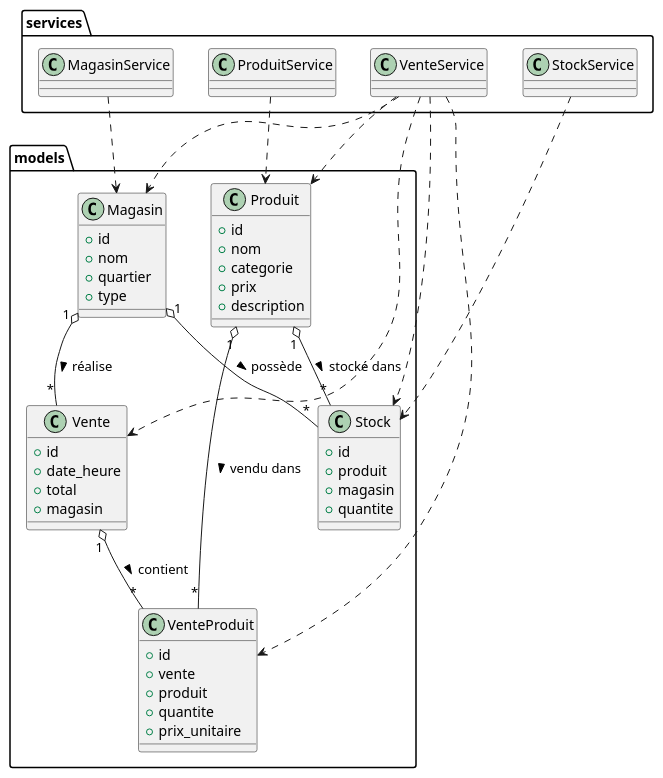
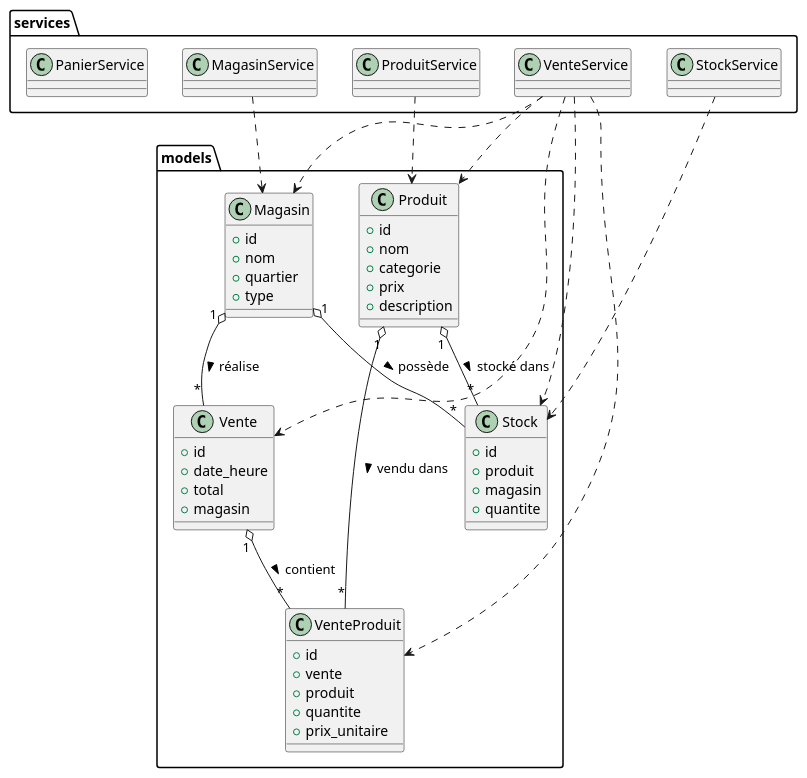
Before and after one commit to DylannFontus/Lab0_Log430: the diagram in docs/UML/VueLogique.puml, drawn with PlantUML. The commit also changed 26 other files, not shown here.

```diff
--- a/docs/UML/VueLogique.puml
+++ b/docs/UML/VueLogique.puml
@@ -1,62 +1,63 @@
 @startuml
 
 package "models" {
     class Magasin {
         +id
         +nom
         +quartier
         +type
     }
     class Produit {
         +id
         +nom
         +categorie
         +prix
         +description
     }
     class Stock {
         +id
         +produit
         +magasin
         +quantite
     }
     class Vente {
         +id
         +date_heure
         +total
         +magasin
     }
     class VenteProduit {
         +id
         +vente
         +produit
         +quantite
         +prix_unitaire
     }
 }
 
 package "services" {
     class MagasinService
     class ProduitService
     class StockService
     class VenteService
+    class PanierService
 }
 
 ' Relations entre modèles
 Magasin "1" o-- "*" Stock : possède >
 Produit "1" o-- "*" Stock : stocké dans >
 Magasin "1" o-- "*" Vente : réalise >
 Vente "1" o-- "*" VenteProduit : contient >
 Produit "1" o-- "*" VenteProduit : vendu dans >
 
 ' Services accèdent aux modèles
 MagasinService ..> Magasin
 ProduitService ..> Produit
 StockService ..> Stock
 VenteService ..> Vente
 VenteService ..> VenteProduit
 VenteService ..> Produit
 VenteService ..> Stock
 VenteService ..> Magasin
 
 @enduml
```
